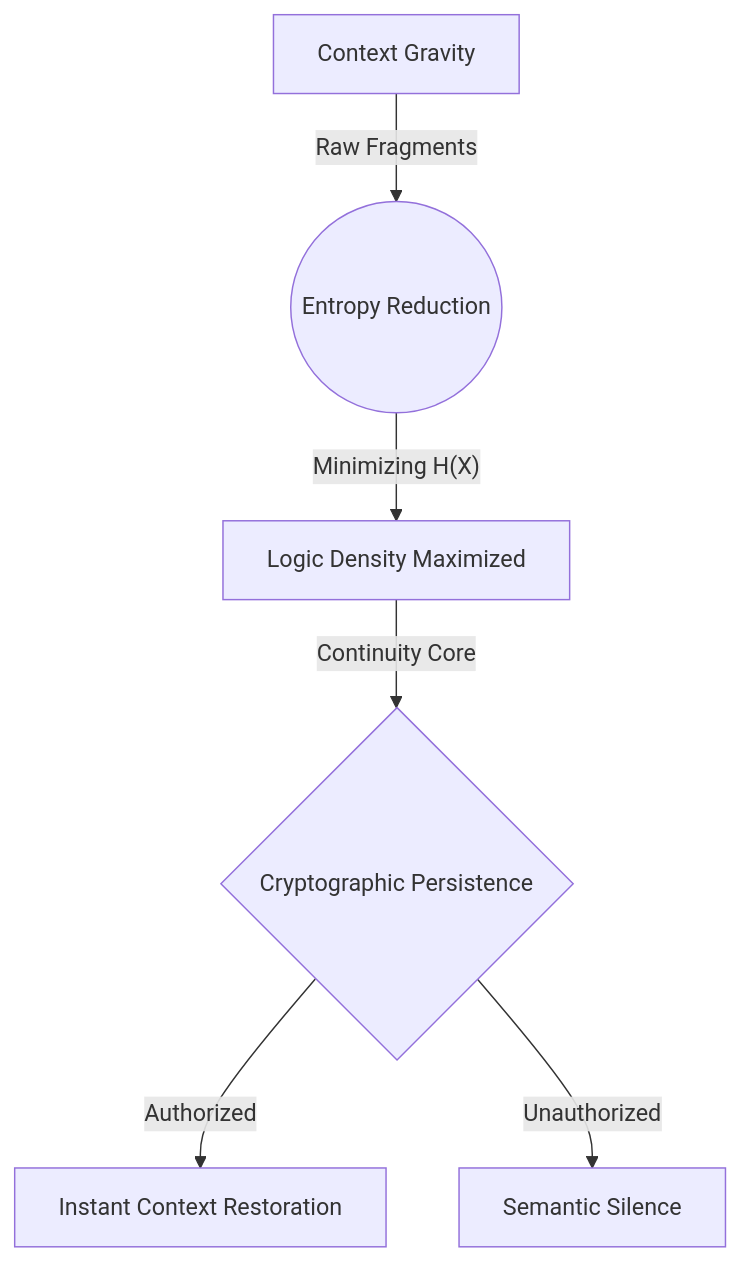
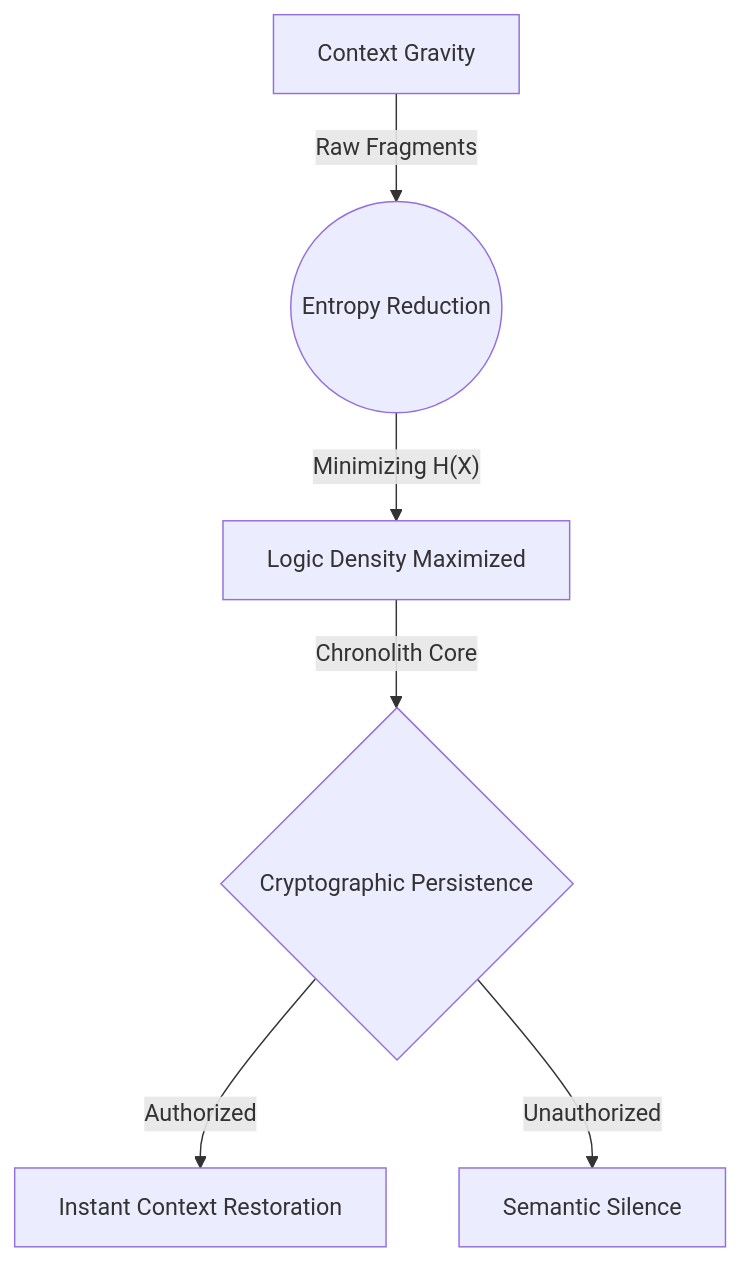
The third of 3 diagrams in README.md (SteveBlackbeard/CHRONOLITH-by-Ethernium), drawn with Mermaid before and after one commit. The commit also changed other lines of this file and 485 other files, not shown here.

First line of the commit message:
Rename: Continuity Legacy -> Chronolith (complete)

````diff
--- a/README.md
+++ b/README.md
@@ -295,8 +295,8 @@
 ```mermaid
 graph TD
     A[Context Gravity] -- "Raw Fragments" --> B((Entropy Reduction))
     B -- "Minimizing H(X)" --> C[Logic Density Maximized]
-    C -- "Continuity Core" --> D{Cryptographic Persistence}
+    C -- "Chronolith Core" --> D{Cryptographic Persistence}
     D -- "Authorized" --> E[Instant Context Restoration]
     D -- "Unauthorized" --> F[Semantic Silence]
 ```
````
